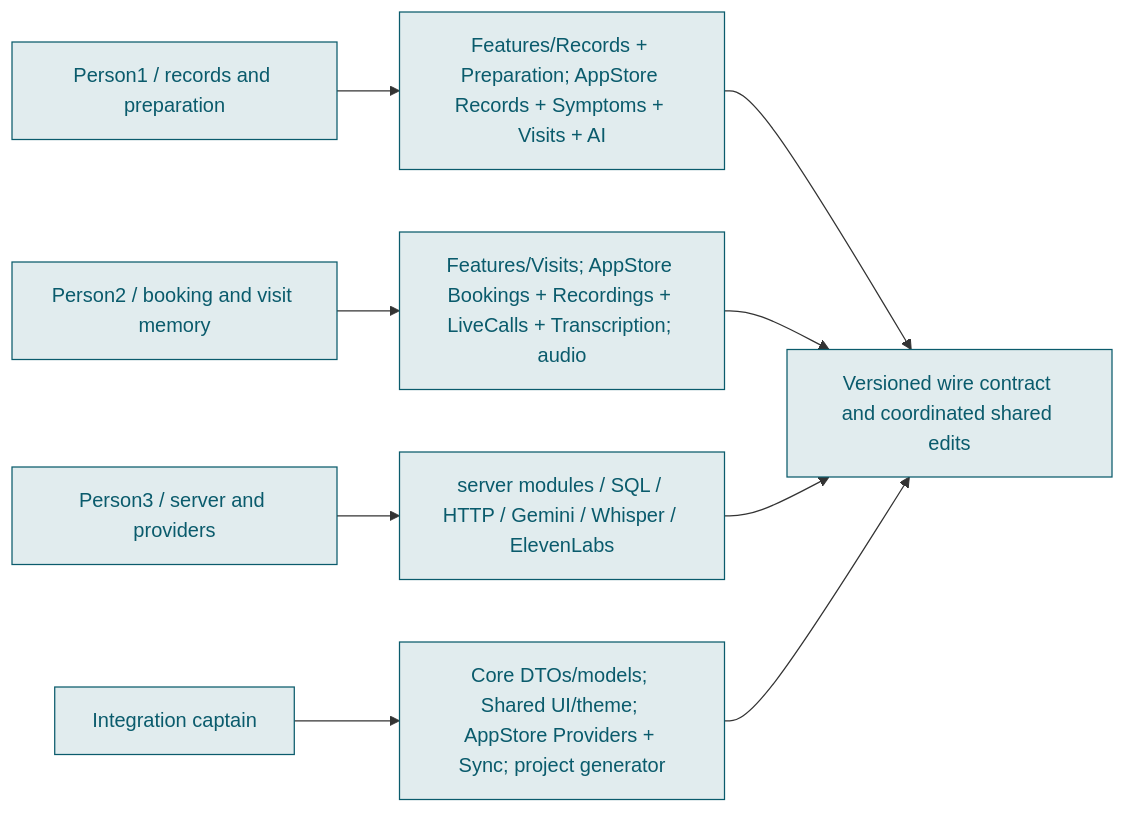
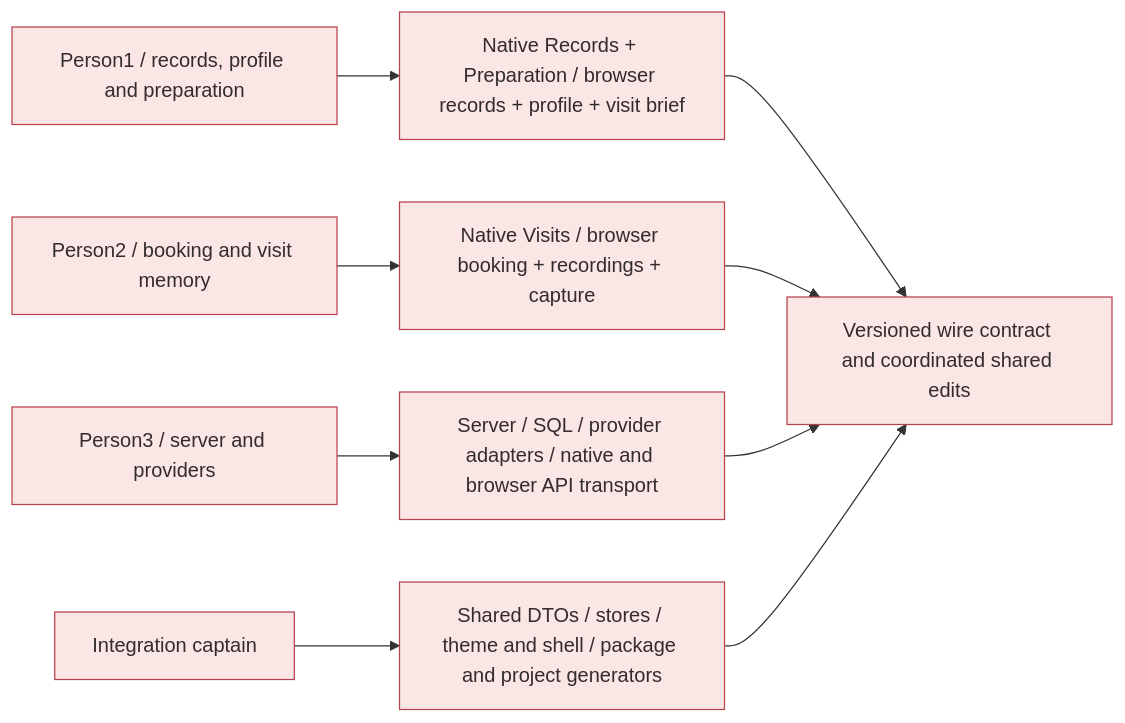
The sixth of 6 diagrams in docs/architecture.md (Siddiqui-R/2026_ricehackathon_medicine), drawn with Mermaid before and after one commit. The commit also changed other lines of this file and 12 other files, not shown here.

````diff
--- a/docs/architecture.md
+++ b/docs/architecture.md
@@ -191,13 +206,13 @@
 ```mermaid
 flowchart LR
-    P1["Person1 / records and preparation"] --> R["Features/Records + Preparation; AppStore Records + Symptoms + Visits + AI"]
-    P2["Person2 / booking and visit memory"] --> V["Features/Visits; AppStore Bookings + Recordings + LiveCalls + Transcription; audio"]
-    P3["Person3 / server and providers"] --> S["server modules / SQL / HTTP / Gemini / Whisper / ElevenLabs"]
-    CAP["Integration captain"] --> SHARED["Core DTOs/models; Shared UI/theme; AppStore Providers + Sync; project generator"]
+    P1["Person1 / records, profile and preparation"] --> R["Native Records + Preparation / browser records + profile + visit brief"]
+    P2["Person2 / booking and visit memory"] --> V["Native Visits / browser booking + recordings + capture"]
+    P3["Person3 / server and providers"] --> S["Server / SQL / provider adapters / native and browser API transport"]
+    CAP["Integration captain"] --> SHARED["Shared DTOs / stores / theme and shell / package and project generators"]
     R --> CONTRACT["Versioned wire contract and coordinated shared edits"]
     V --> CONTRACT
     S --> CONTRACT
     SHARED --> CONTRACT
-    classDef reva fill:#E1ECEE,stroke:#0A5B6C,color:#0A5B6C;
+    classDef reva fill:#FAE6E5,stroke:#B84250,color:#342B2C;
     class P1,P2,P3,R,V,S,CAP,SHARED,CONTRACT reva;
 ```
````
